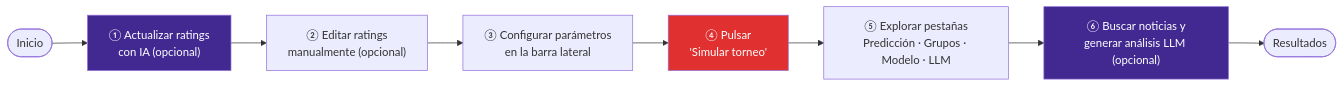
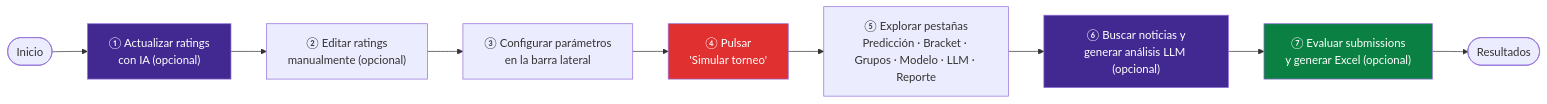
One commit to fjgonzalezmgt/WCUP2026 changed the first of 6 diagrams in README.md. Above: the diagram before and after it, drawn with Mermaid. The commit also changed other lines of this file and 4 other files, not shown here.

````diff
--- a/README.md
+++ b/README.md
@@ -40,14 +42,16 @@
 ```mermaid
 flowchart LR
     A([Inicio]) --> B["① Actualizar ratings\ncon IA (opcional)"]
     B --> C["② Editar ratings\nmanualmente (opcional)"]
     C --> D["③ Configurar parámetros\nen la barra lateral"]
     D --> E["④ Pulsar\n'Simular torneo'"]
-    E --> F["⑤ Explorar pestañas\nPredicción · Grupos · Modelo · LLM"]
+    E --> F["⑤ Explorar pestañas\nPredicción · Bracket · Grupos · Modelo · LLM · Reporte"]
     F --> G["⑥ Buscar noticias y\ngenerar análisis LLM (opcional)"]
-    G --> H([Resultados])
+    G --> H["⑦ Evaluar submissions\ny generar Excel (opcional)"]
+    H --> I([Resultados])
 
     style B fill:#412991,color:#fff
     style E fill:#e03030,color:#fff
     style G fill:#412991,color:#fff
+    style H fill:#0b8043,color:#fff
 ```
````
